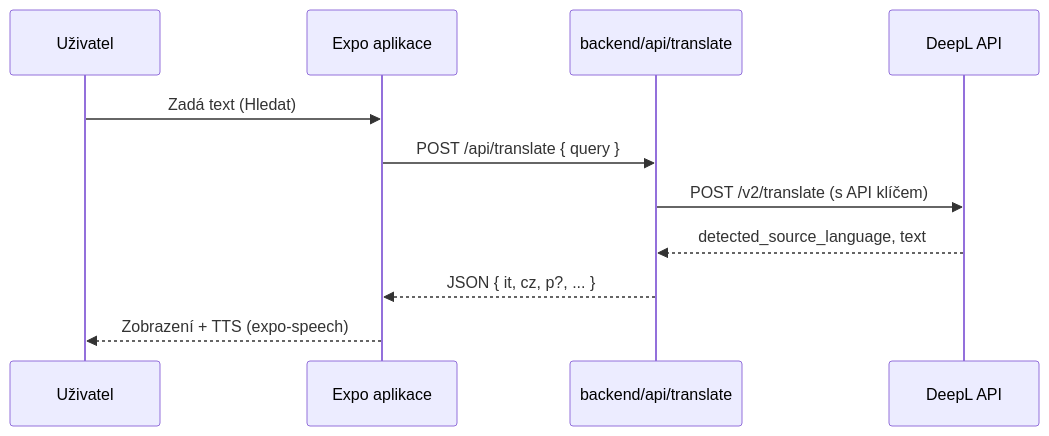
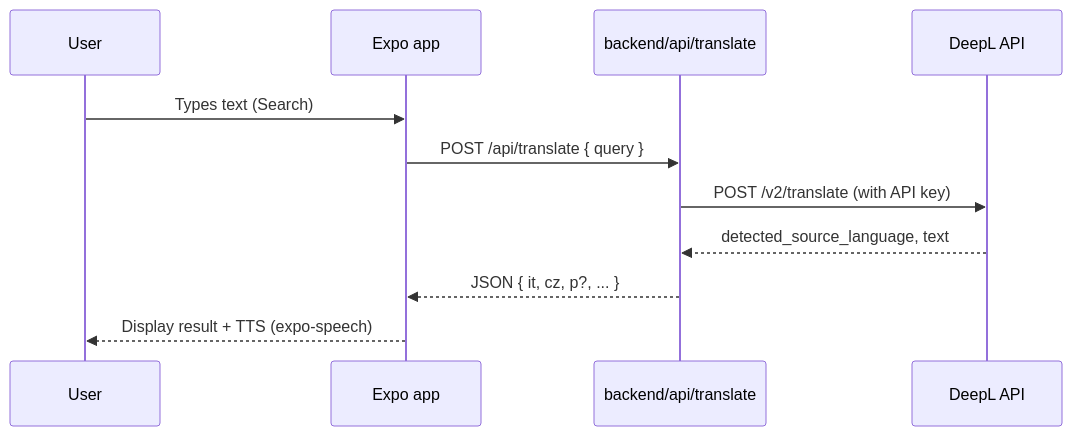
The first of 2 diagrams in ARCHITECTURE.md (marekberanek/italiano), drawn with Mermaid before and after one commit. The commit also changed other lines of this file and 68 other files, not shown here.

````diff
--- a/ARCHITECTURE.md
+++ b/ARCHITECTURE.md
@@ -100,14 +99,14 @@
 ```mermaid
 sequenceDiagram
-  participant U as Uživatel
-  participant App as Expo aplikace
+  participant U as User
+  participant App as Expo app
   participant Proxy as backend/api/translate
   participant D as DeepL API
 
-  U->>App: Zadá text (Hledat)
+  U->>App: Types text (Search)
   App->>Proxy: POST /api/translate { query }
-  Proxy->>D: POST /v2/translate (s API klíčem)
+  Proxy->>D: POST /v2/translate (with API key)
   D-->>Proxy: detected_source_language, text
   Proxy-->>App: JSON { it, cz, p?, ... }
-  App-->>U: Zobrazení + TTS (expo-speech)
+  App-->>U: Display result + TTS (expo-speech)
 ```
````
